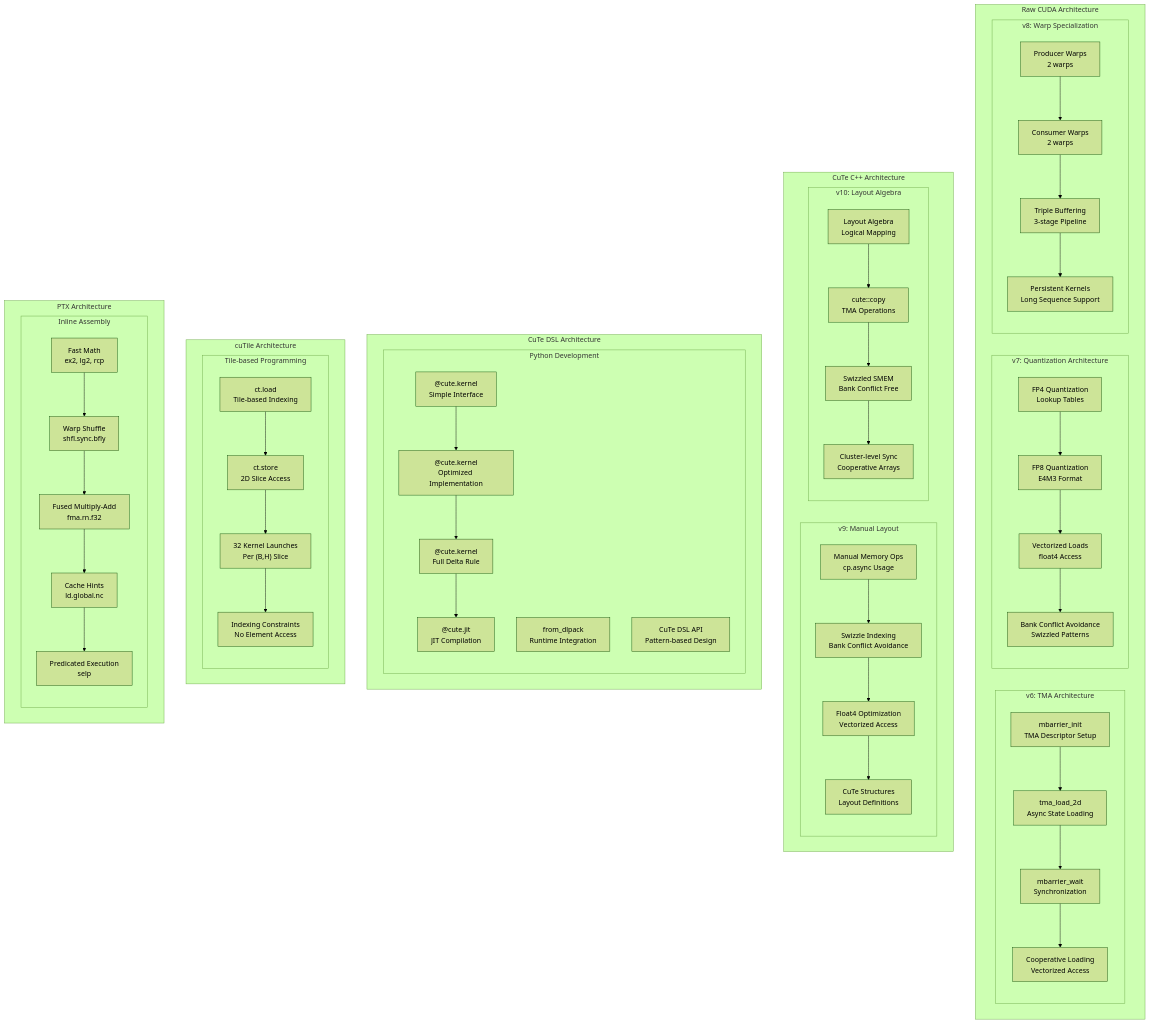
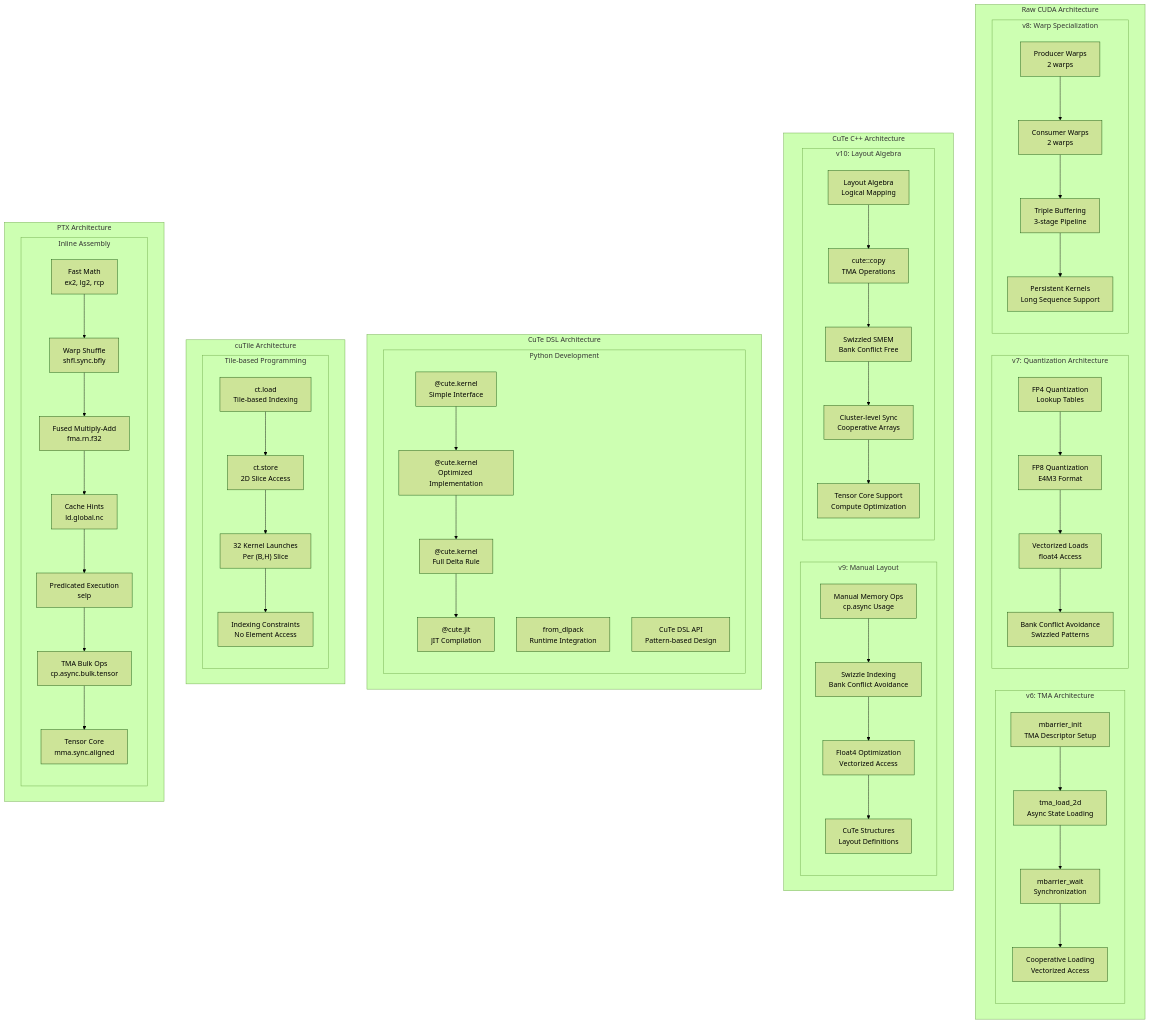
The second of 7 diagrams in .qoder/repowiki/en/content/Core Kernels/Core Kernels.md (gugudeshubao/flashinfer-bench-tma-thrust), drawn with Mermaid (forest theme) before and after one commit. The commit also changed other lines of this file and 4 other files, not shown here.

````diff
--- a/.qoder/repowiki/en/content/Core Kernels/Core Kernels.md
+++ b/.qoder/repowiki/en/content/Core Kernels/Core Kernels.md
@@ -194,72 +205,75 @@
 ```mermaid
 graph TB
 subgraph "Raw CUDA Architecture"
 subgraph "v6: TMA Architecture"
 TMA_Init["mbarrier_init<br/>TMA Descriptor Setup"]
 TMA_Load["tma_load_2d<br/>Async State Loading"]
 TMA_Wait["mbarrier_wait<br/>Synchronization"]
 TMA_Pipeline["Cooperative Loading<br/>Vectorized Access"]
 end
 subgraph "v7: Quantization Architecture"
 FP4_Q["FP4 Quantization<br/>Lookup Tables"]
 FP8_Q["FP8 Quantization<br/>E4M3 Format"]
 Vec_Load["Vectorized Loads<br/>float4 Access"]
 Bank_Avoid["Bank Conflict Avoidance<br/>Swizzled Patterns"]
 end
 subgraph "v8: Warp Specialization"
 Warp_Prod["Producer Warps<br/>2 warps"]
 Warp_Consumer["Consumer Warps<br/>2 warps"]
 Pipeline_3["Triple Buffering<br/>3-stage Pipeline"]
 Persistent["Persistent Kernels<br/>Long Sequence Support"]
 end
 end
 subgraph "CuTe C++ Architecture"
 subgraph "v9: Manual Layout"
 Manual_Mem["Manual Memory Ops<br/>cp.async Usage"]
 Swizzle_Index["Swizzle Indexing<br/>Bank Conflict Avoidance"]
 Float4_Opt["Float4 Optimization<br/>Vectorized Access"]
 Cute_Struct["CuTe Structures<br/>Layout Definitions"]
 end
 subgraph "v10: Layout Algebra"
 Layout_Algebra["Layout Algebra<br/>Logical Mapping"]
 Copy_Ops["cute::copy<br/>TMA Operations"]
 Swizzle_SMEM["Swizzled SMEM<br/>Bank Conflict Free"]
 Cluster_Sync["Cluster-level Sync<br/>Cooperative Arrays"]
+Tensor_Core["Tensor Core Support<br/>Compute Optimization"]
 end
 end
 subgraph "CuTe DSL Architecture"
 subgraph "Python Development"
 DSL_Simple["@cute.kernel<br/>Simple Interface"]
 DSL_Opt["@cute.kernel<br/>Optimized Implementation"]
 DSL_Complete["@cute.kernel<br/>Full Delta Rule"]
 DSL_JIT["@cute.jit<br/>JIT Compilation"]
 DSL_Runtime["from_dlpack<br/>Runtime Integration"]
 DSL_API["CuTe DSL API<br/>Pattern-based Design"]
 end
 end
 subgraph "cuTile Architecture"
 subgraph "Tile-based Programming"
 Tile_Load["ct.load<br/>Tile-based Indexing"]
 Tile_Store["ct.store<br/>2D Slice Access"]
 Grid_Launch["32 Kernel Launches<br/>Per (B,H) Slice"]
 Limitations["Indexing Constraints<br/>No Element Access"]
 end
 end
 subgraph "PTX Architecture"
 subgraph "Inline Assembly"
 Fast_Math["Fast Math<br/>ex2, lg2, rcp"]
 Warp_Shuffle["Warp Shuffle<br/>shfl.sync.bfly"]
 FMA_Ops["Fused Multiply-Add<br/>fma.rn.f32"]
 Cache_Hints["Cache Hints<br/>ld.global.nc"]
 Pred_Exec["Predicated Execution<br/>selp"]
+TMA_Ops["TMA Bulk Ops<br/>cp.async.bulk.tensor"]
+Tensor_Core_PT["Tensor Core<br/>mma.sync.aligned"]
 end
 end
 TMA_Init --> TMA_Load --> TMA_Wait --> TMA_Pipeline
 FP4_Q --> FP8_Q --> Vec_Load --> Bank_Avoid
 Warp_Prod --> Warp_Consumer --> Pipeline_3 --> Persistent
 Manual_Mem --> Swizzle_Index --> Float4_Opt --> Cute_Struct
-Layout_Algebra --> Copy_Ops --> Swizzle_SMEM --> Cluster_Sync
+Layout_Algebra --> Copy_Ops --> Swizzle_SMEM --> Cluster_Sync --> Tensor_Core
 DSL_Simple --> DSL_Opt --> DSL_Complete --> DSL_JIT
 Tile_Load --> Tile_Store --> Grid_Launch --> Limitations
-Fast_Math --> Warp_Shuffle --> FMA_Ops --> Cache_Hints --> Pred_Exec
+Fast_Math --> Warp_Shuffle --> FMA_Ops --> Cache_Hints --> Pred_Exec --> TMA_Ops --> Tensor_Core_PT
 ```
````
